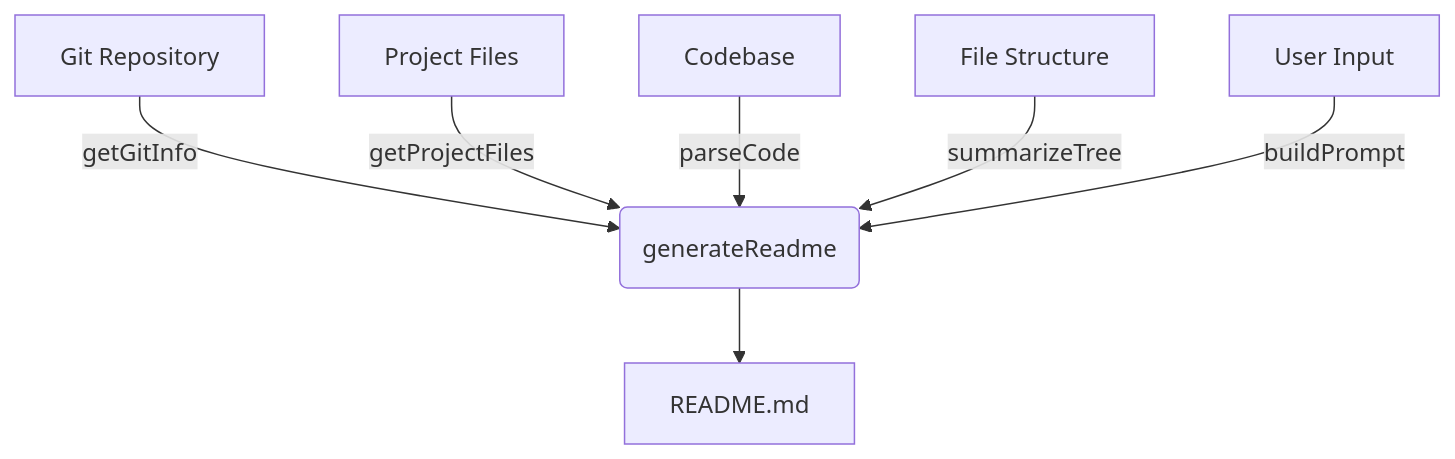
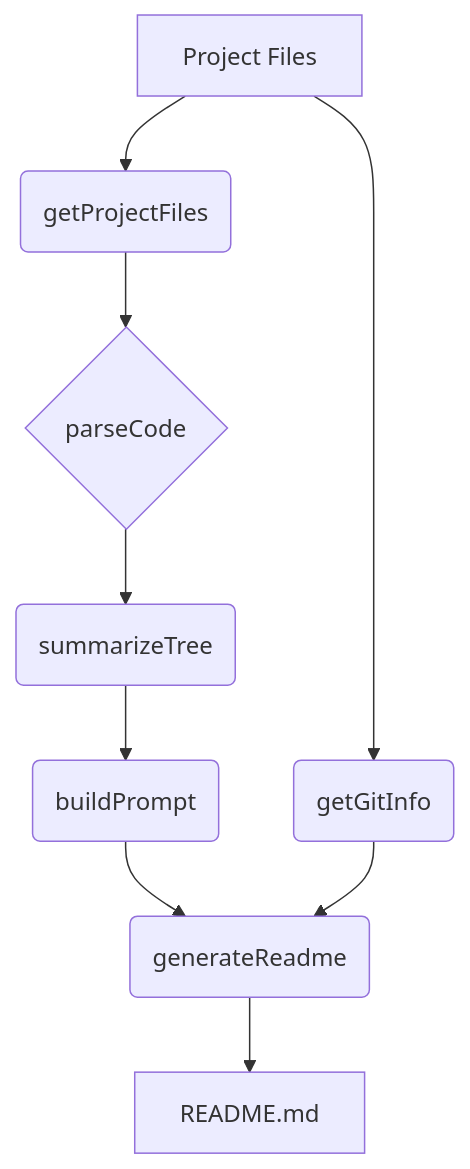
The first of 2 diagrams in README.md (PIYUSH1SAINI/ReadMe-wiz), drawn with Mermaid before and after one commit. The commit also changed other lines of this file and 1 other file, not shown here.

````diff
--- a/README.md
+++ b/README.md
@@ -11,9 +11,11 @@
 ```mermaid
 graph TD
-    A[Git Repository] -->|getGitInfo| B(generateReadme);
-    C[Project Files] -->|getProjectFiles| B;
-    D[Codebase] -->|parseCode| B;
-    E[File Structure] -->|summarizeTree| B;
-    F[User Input] -->|buildPrompt| B;
-    B --> G[README.md];
+    A[Project Files] --> B(getProjectFiles);
+    B --> C{parseCode};
+    C --> D(summarizeTree);
+    D --> E(buildPrompt);
+    E --> F(generateReadme);
+    F --> G[README.md];
+    A --> H(getGitInfo);
+    H --> F;
 ```
````
